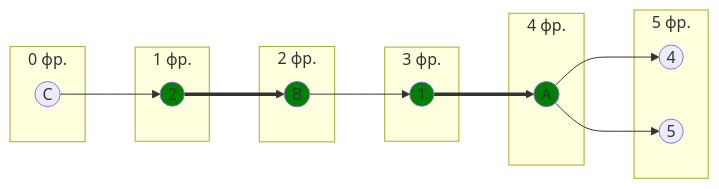
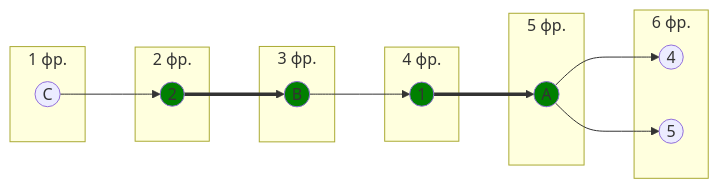
Before and after one commit to algos-ris-24-4/manual-tasks: the fifth of 11 diagrams in Задание 8/brigada.md, drawn with Mermaid. The commit also changed other lines of this file, not shown here.

````diff
--- a/Задание 8/brigada.md
+++ b/Задание 8/brigada.md
@@ -210,34 +225,34 @@
 ```mermaid
 graph LR
-    subgraph "0 фр."
+    subgraph "1 фр."
         C((C))
     end
-    subgraph " 1 фр."
+    subgraph " 2 фр."
         2((2))
     end
-    subgraph " 2 фр."
+    subgraph " 3 фр."
         B((B))
     end
-    subgraph " 3 фр."
+    subgraph " 4 фр."
         1((1))
     end
-    subgraph " 4 фр."
+    subgraph " 5 фр."
         A((A))
     end
-    subgraph " 5 фр."
+    subgraph " 6 фр."
         4((4))
         5((5))
     end
     C --> 2    
     2 ==> B
     B --> 1    
     1 ==> A
     A --> 4    
     A --> 5
 
     style A fill:#008000
     style 1 fill:#008000
     style B fill:#008000
     style 2 fill:#008000
 
 ```
````
